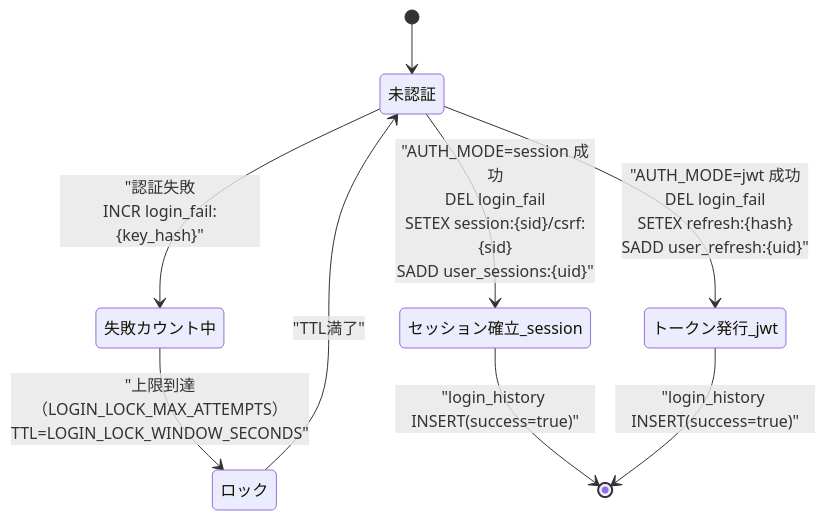
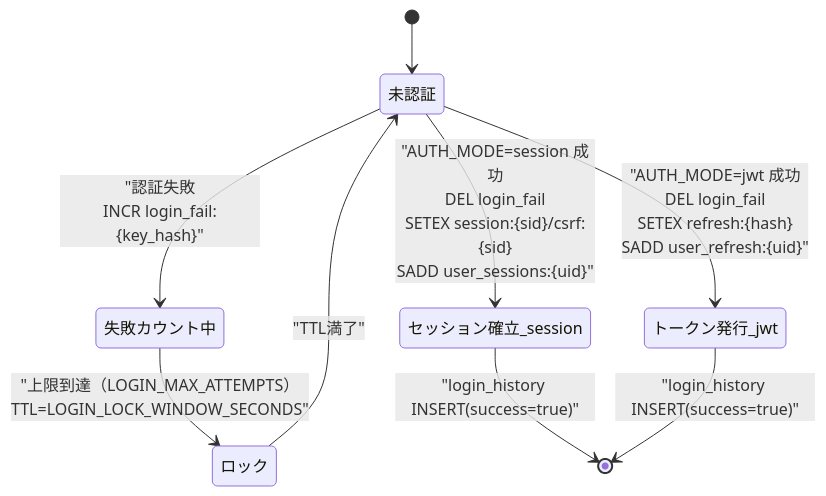
The fourth of 4 diagrams in detailed_design/api/auth/02_post_auth_login.md (oikawa-d/task_management), drawn with Mermaid before and after one commit. The commit also changed other lines of this file and 5 other files, not shown here.

````diff
--- a/detailed_design/api/auth/02_post_auth_login.md
+++ b/detailed_design/api/auth/02_post_auth_login.md
@@ -284,11 +284,11 @@
 ```mermaid
 stateDiagram-v2
     [*] --> 未認証
     未認証 --> 失敗カウント中: "認証失敗<br/>INCR login_fail:{key_hash}"
-    失敗カウント中 --> ロック: "上限到達（LOGIN_LOCK_MAX_ATTEMPTS）<br/>TTL=LOGIN_LOCK_WINDOW_SECONDS"
+    失敗カウント中 --> ロック: "上限到達（LOGIN_MAX_ATTEMPTS）<br/>TTL=LOGIN_LOCK_WINDOW_SECONDS"
     ロック --> 未認証: "TTL満了"
     未認証 --> セッション確立_session: "AUTH_MODE=session 成功<br/>DEL login_fail<br/>SETEX session:{sid}/csrf:{sid}<br/>SADD user_sessions:{uid}"
     未認証 --> トークン発行_jwt: "AUTH_MODE=jwt 成功<br/>DEL login_fail<br/>SETEX refresh:{hash}<br/>SADD user_refresh:{uid}"
     セッション確立_session --> [*]: "login_history INSERT(success=true)"
     トークン発行_jwt --> [*]: "login_history INSERT(success=true)"
 ```
````
